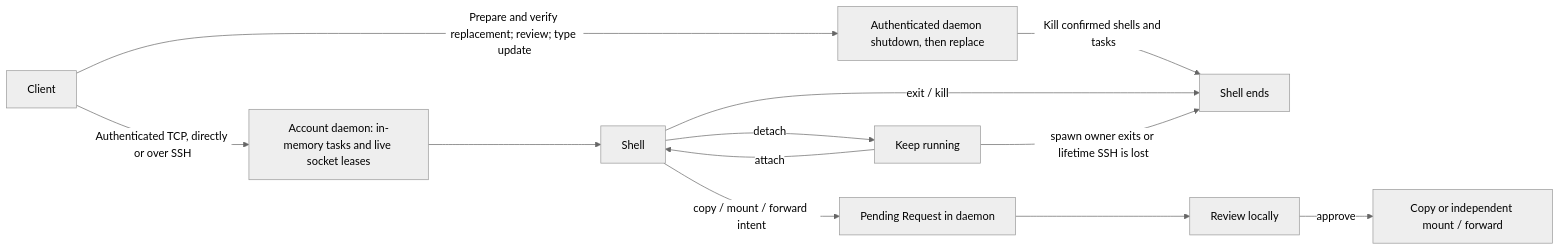
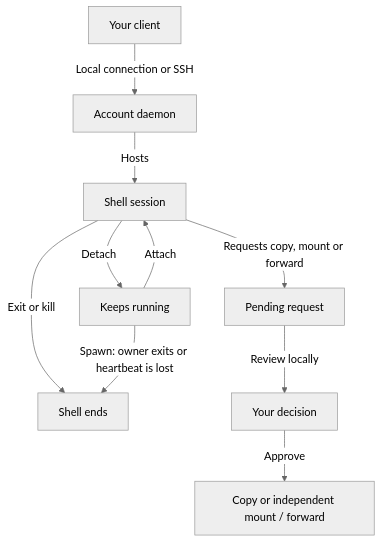
One commit to jay-waves/sshore changed the diagram in README.md. Above: the diagram before and after it, drawn with Mermaid (neutral theme). The commit also changed other lines of this file and 41 other files, not shown here.

````diff
--- a/README.md
+++ b/README.md
@@ -78,14 +78,12 @@
 ```mermaid
-flowchart LR
-    client["Client"] -->|"Authenticated TCP, directly or over SSH"| daemon["Account daemon: in-memory tasks and live socket leases"]
-    daemon --> shell["Shell"]
-    client -->|"Prepare and verify replacement; review; type update"| update["Authenticated daemon shutdown, then replace"]
-    update -->|"Kill confirmed shells and tasks"| ended["Shell ends"]
-    shell -->|"detach"| background["Keep running"]
-    background -->|"attach"| shell
-    shell -->|"copy / mount / forward intent"| request["Pending Request in daemon"]
-    request --> review["Review locally"]
-    review -->|"approve"| operation["Copy or independent mount / forward"]
-    shell -->|"exit / kill"| ended
-    background -->|"spawn owner exits or lifetime SSH is lost"| ended
+flowchart TD
+    client["Your client"] -->|"Local connection or SSH"| daemon["Account daemon"]
+    daemon -->|"Hosts"| shell["Shell session"]
+    shell -->|"Detach"| detached["Keeps running"]
+    detached -->|"Attach"| shell
+    shell -->|"Exit or kill"| ended["Shell ends"]
+    detached -->|"Spawn: owner exits or heartbeat is lost"| ended
+    shell -->|"Requests copy, mount or forward"| request["Pending request"]
+    request -->|"Review locally"| review["Your decision"]
+    review -->|"Approve"| operation["Copy or independent mount / forward"]
 ```
````
